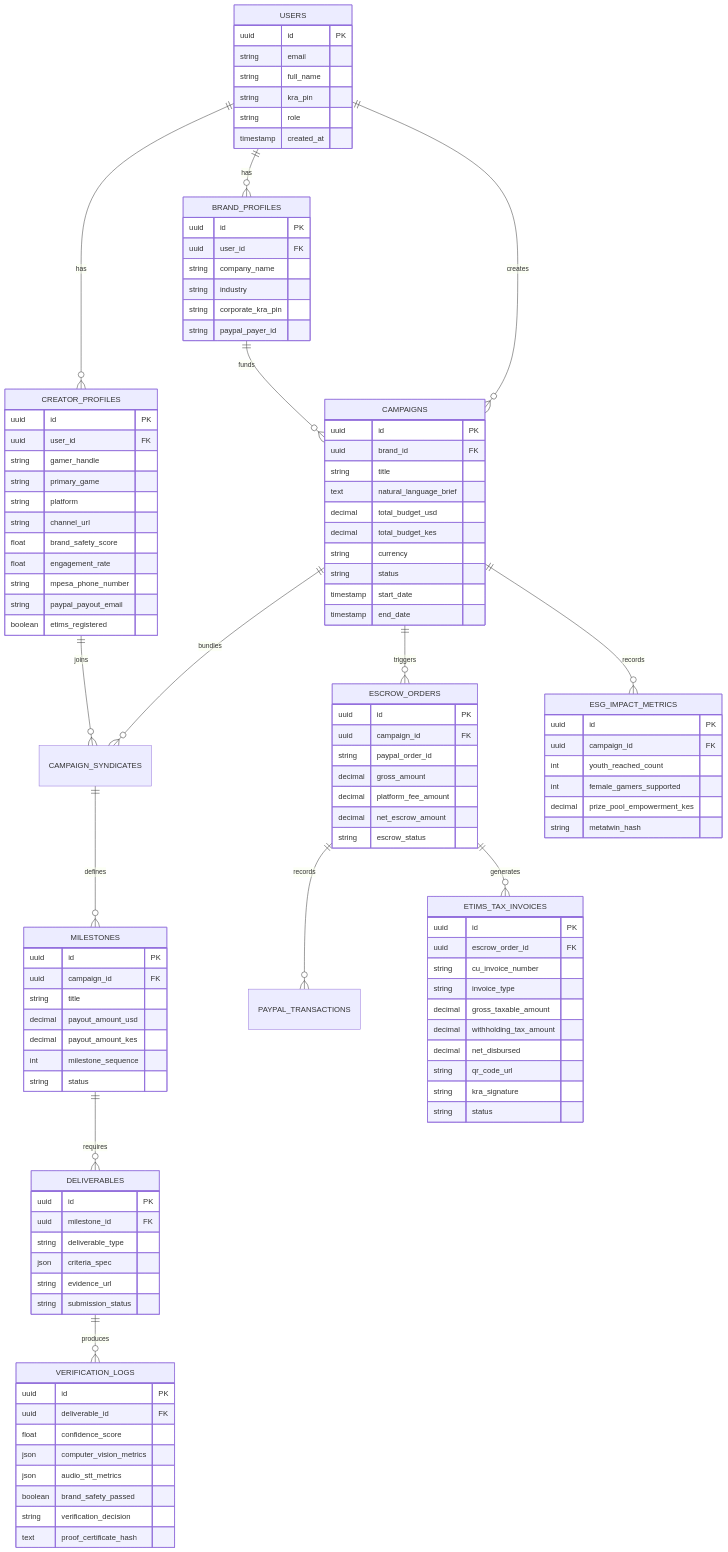
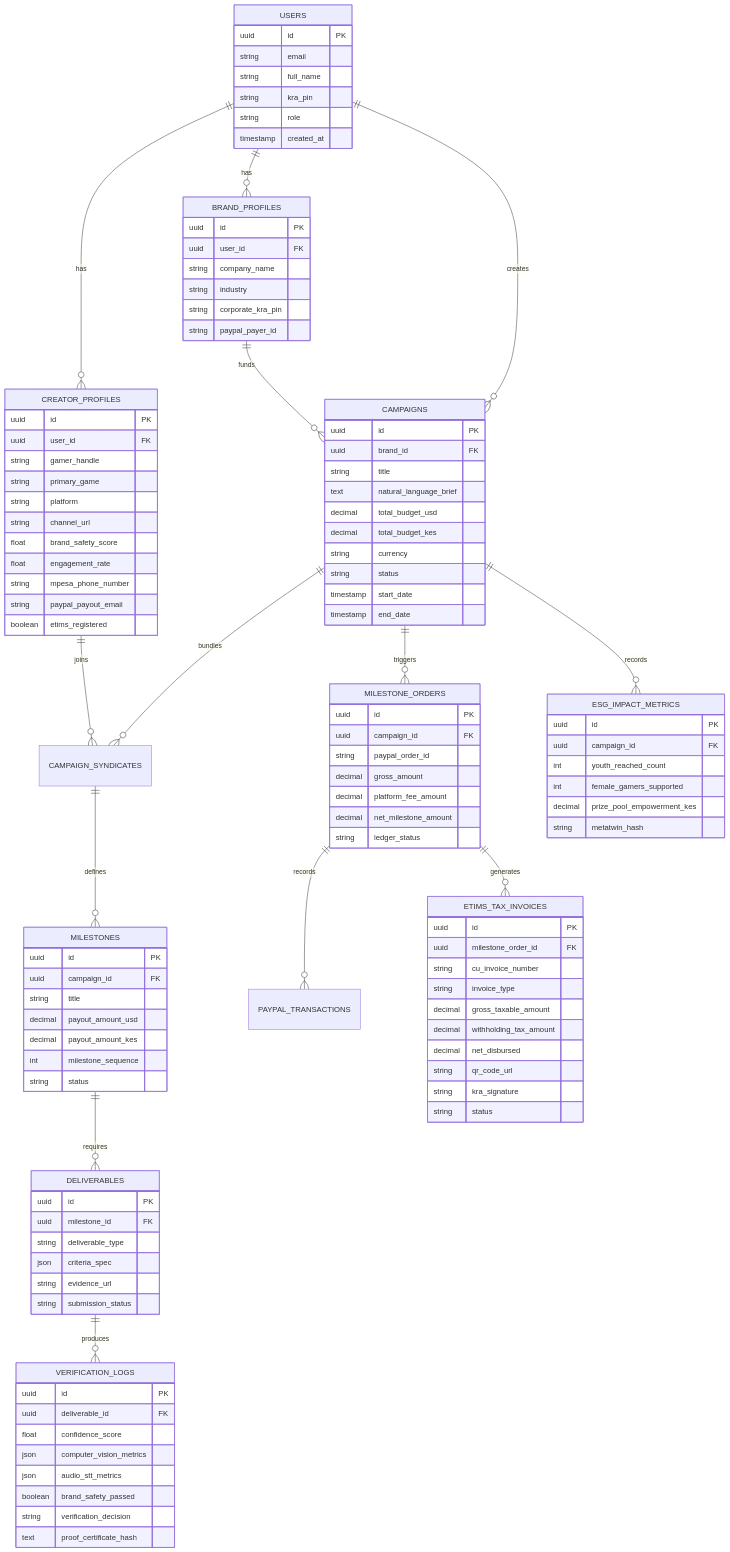
One commit to Ryanjuguna/barbah-sponsorplay changed the third of 3 diagrams in architecture/04_TECHNICAL_ARCHITECTURE_AND_PAYPAL_ETIMS_INTEGRATION.md. Above: the diagram before and after it, drawn with Mermaid. The commit also changed other lines of this file and 5 other files, not shown here.

Commit message:
Complete repository-wide documentation audit: purge escrow terminology and enforce PayPal programmatic milestone ledger across all architecture specs

```diff
--- a/architecture/04_TECHNICAL_ARCHITECTURE_AND_PAYPAL_ETIMS_INTEGRATION.md
+++ b/architecture/04_TECHNICAL_ARCHITECTURE_AND_PAYPAL_ETIMS_INTEGRATION.md
@@ -323,9 +323,9 @@
     MILESTONES ||--o{ DELIVERABLES : requires
     DELIVERABLES ||--o{ VERIFICATION_LOGS : produces
     
-    CAMPAIGNS ||--o{ ESCROW_ORDERS : triggers
-    ESCROW_ORDERS ||--o{ PAYPAL_TRANSACTIONS : records
-    ESCROW_ORDERS ||--o{ ETIMS_TAX_INVOICES : generates
+    CAMPAIGNS ||--o{ MILESTONE_ORDERS : triggers
+    MILESTONE_ORDERS ||--o{ PAYPAL_TRANSACTIONS : records
+    MILESTONE_ORDERS ||--o{ ETIMS_TAX_INVOICES : generates
     
     CAMPAIGNS ||--o{ ESG_IMPACT_METRICS : records
 
@@ -404,19 +404,19 @@
         text proof_certificate_hash
     }
 
-    ESCROW_ORDERS {
+    MILESTONE_ORDERS {
         uuid id PK
         uuid campaign_id FK
         string paypal_order_id
         decimal gross_amount
         decimal platform_fee_amount
-        decimal net_escrow_amount
-        string escrow_status
+        decimal net_milestone_amount
+        string ledger_status
     }
 
     ETIMS_TAX_INVOICES {
         uuid id PK
-        uuid escrow_order_id FK
+        uuid milestone_order_id FK
         string cu_invoice_number
         string invoice_type
         decimal gross_taxable_amount
```
